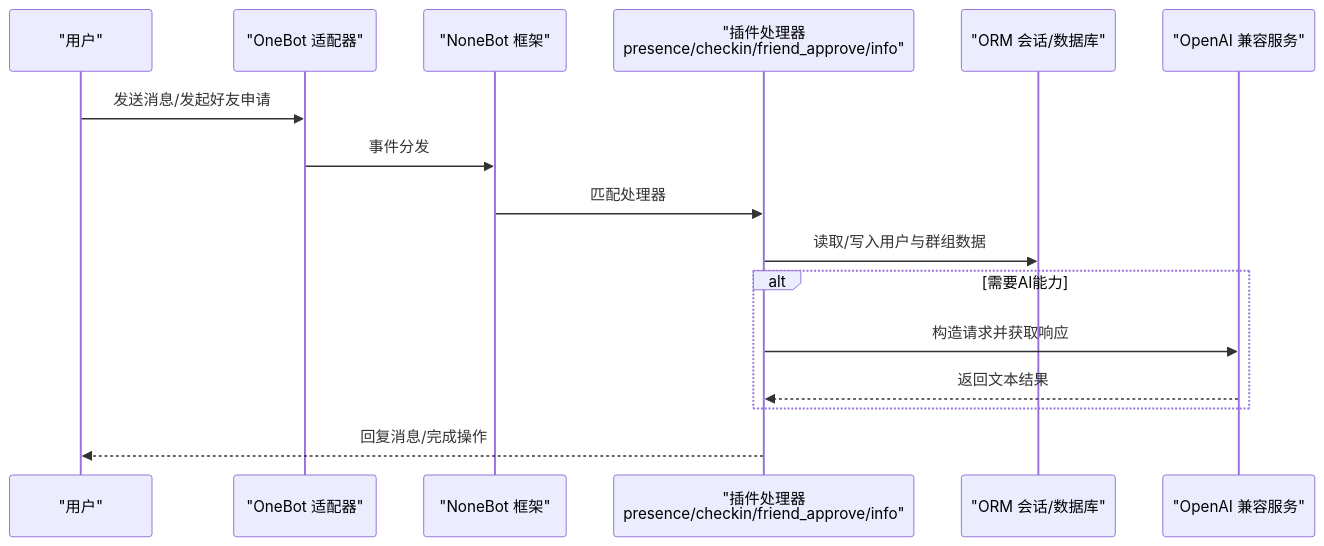
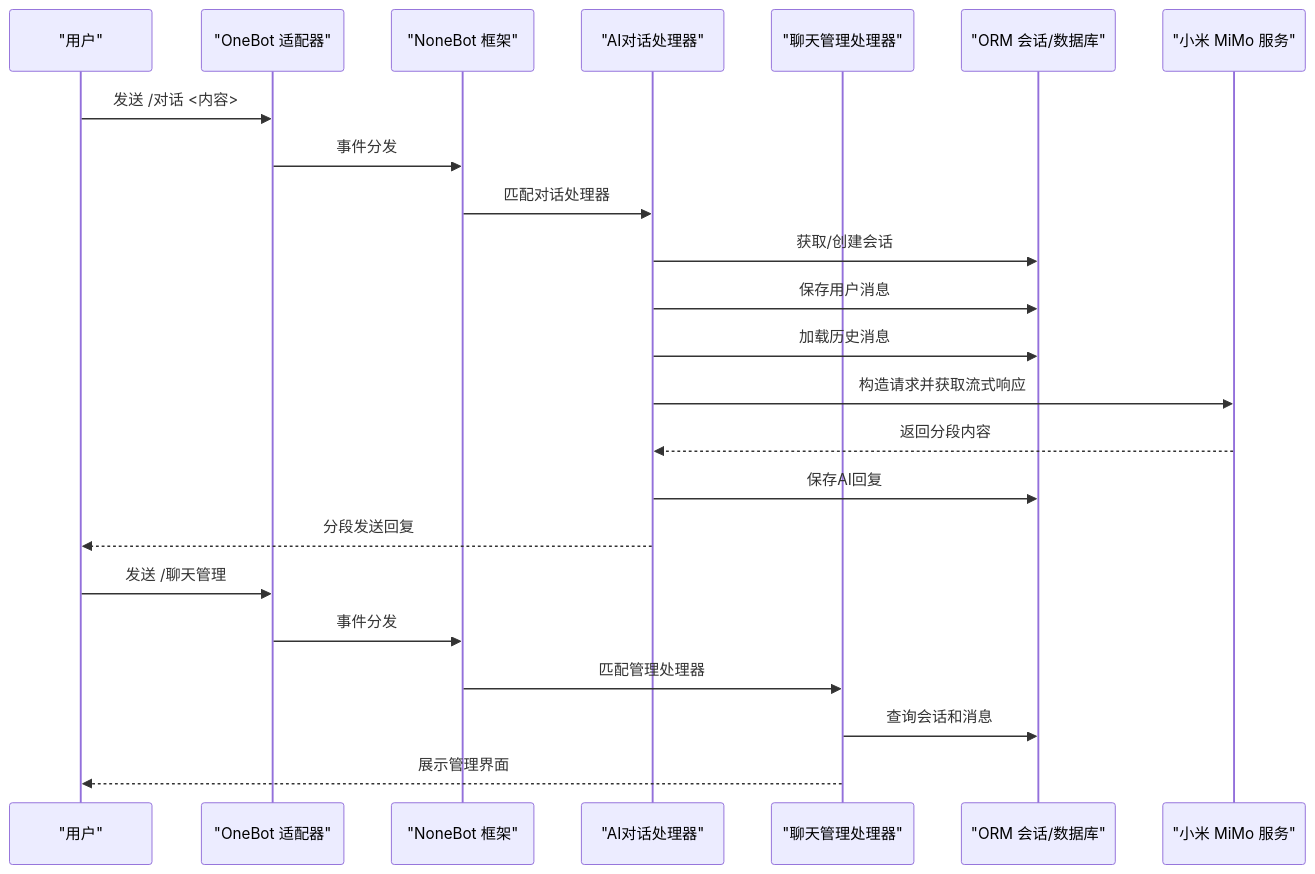
The second of 6 diagrams in .qoder/repowiki/zh/content/核心功能模块/AI功能集成.md (Wohaokunr/yawn_bot), drawn with Mermaid before and after one commit. The commit also changed other lines of this file and 28 other files, not shown here.

````diff
--- a/.qoder/repowiki/zh/content/核心功能模块/AI功能集成.md
+++ b/.qoder/repowiki/zh/content/核心功能模块/AI功能集成.md
@@ -102,18 +127,25 @@
 ```mermaid
 sequenceDiagram
 participant U as "用户"
 participant OB as "OneBot 适配器"
 participant NB as "NoneBot 框架"
-participant P as "插件处理器<br/>presence/checkin/friend_approve/info"
+participant AC as "AI对话处理器"
+participant CM as "聊天管理处理器"
 participant DB as "ORM 会话/数据库"
-participant AI as "OpenAI 兼容服务"
-U->>OB : 发送消息/发起好友申请
+participant AI as "小米 MiMo 服务"
+U->>OB : 发送 /对话 <内容>
 OB->>NB : 事件分发
-NB->>P : 匹配处理器
-P->>DB : 读取/写入用户与群组数据
-alt 需要AI能力
-P->>AI : 构造请求并获取响应
-AI-->>P : 返回文本结果
-end
-P-->>U : 回复消息/完成操作
+NB->>AC : 匹配对话处理器
+AC->>DB : 获取/创建会话
+AC->>DB : 保存用户消息
+AC->>DB : 加载历史消息
+AC->>AI : 构造请求并获取流式响应
+AI-->>AC : 返回分段内容
+AC->>DB : 保存AI回复
+AC-->>U : 分段发送回复
+U->>OB : 发送 /聊天管理
+OB->>NB : 事件分发
+NB->>CM : 匹配管理处理器
+CM->>DB : 查询会话和消息
+CM-->>U : 展示管理界面
 ```
````
